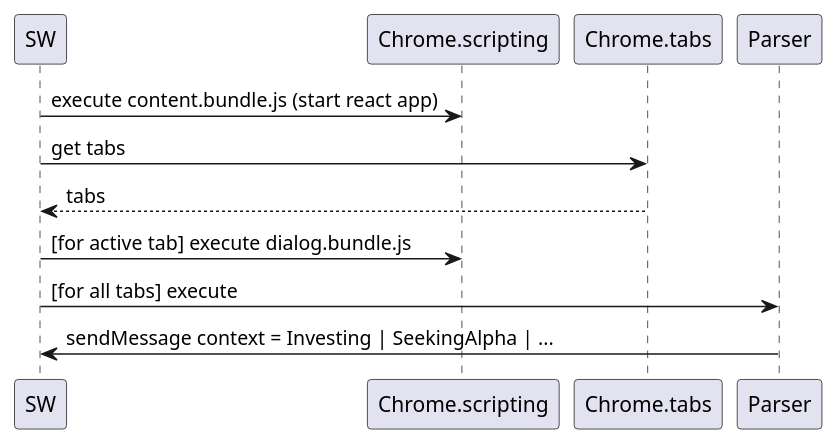
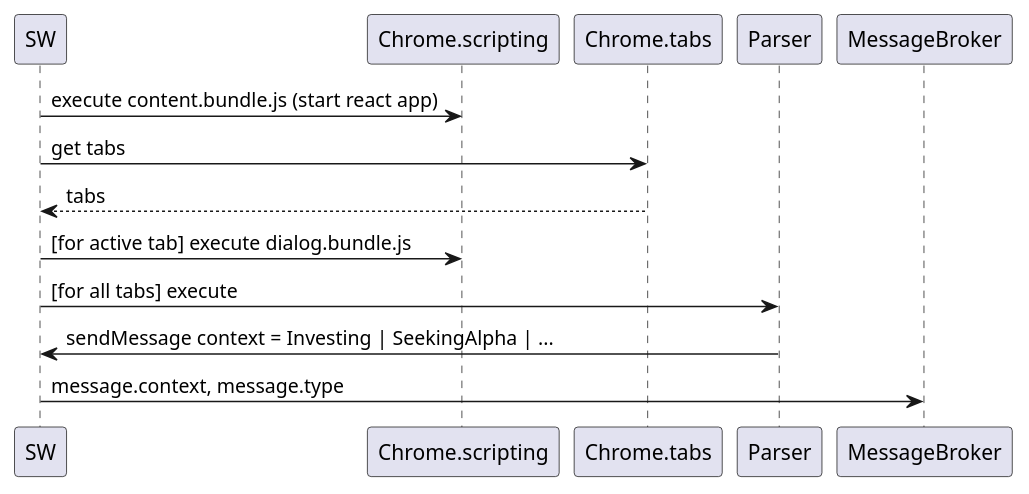
Before and after one commit to Beltchikov/npv-ext: the diagram in interactions.plantuml, drawn with PlantUML. The commit also changed 6 other files, not shown here.

```diff
--- a/interactions.plantuml
+++ b/interactions.plantuml
@@ -1,11 +1,13 @@
 @startuml interactions
 SW -> Chrome.scripting: execute content.bundle.js (start react app)
 SW -> Chrome.tabs: get tabs
 Chrome.tabs --> SW: tabs
 
 SW -> Chrome.scripting: [for active tab] execute dialog.bundle.js
 
 SW -> Parser: [for all tabs] execute
 Parser -> SW: sendMessage context = Investing | SeekingAlpha | ...
 
+SW -> MessageBroker: message.context, message.type
+
 @enduml
```
